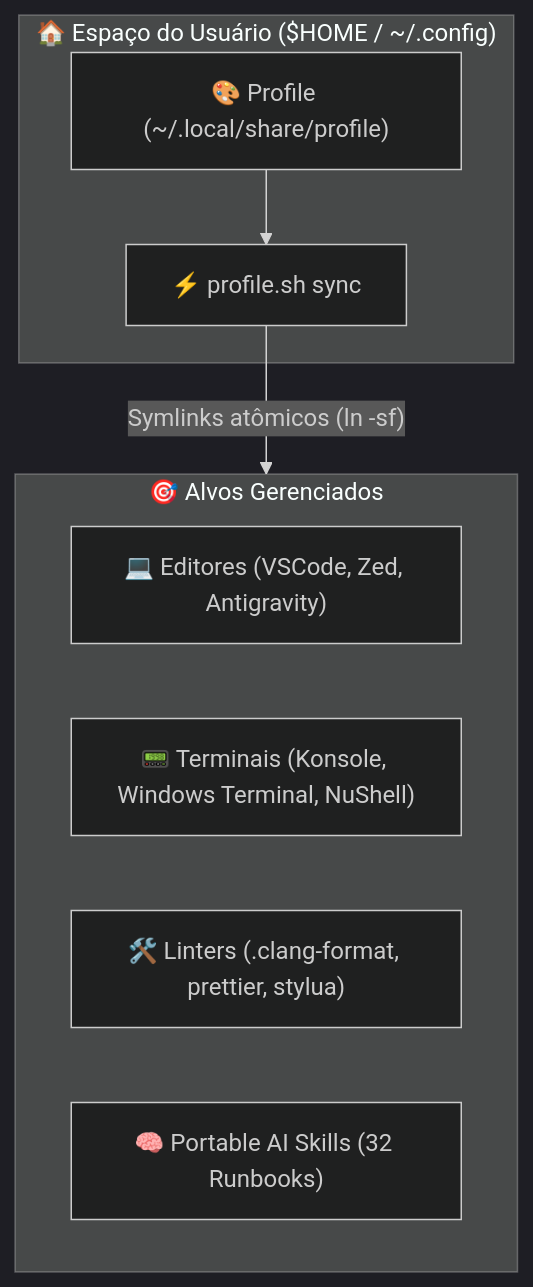
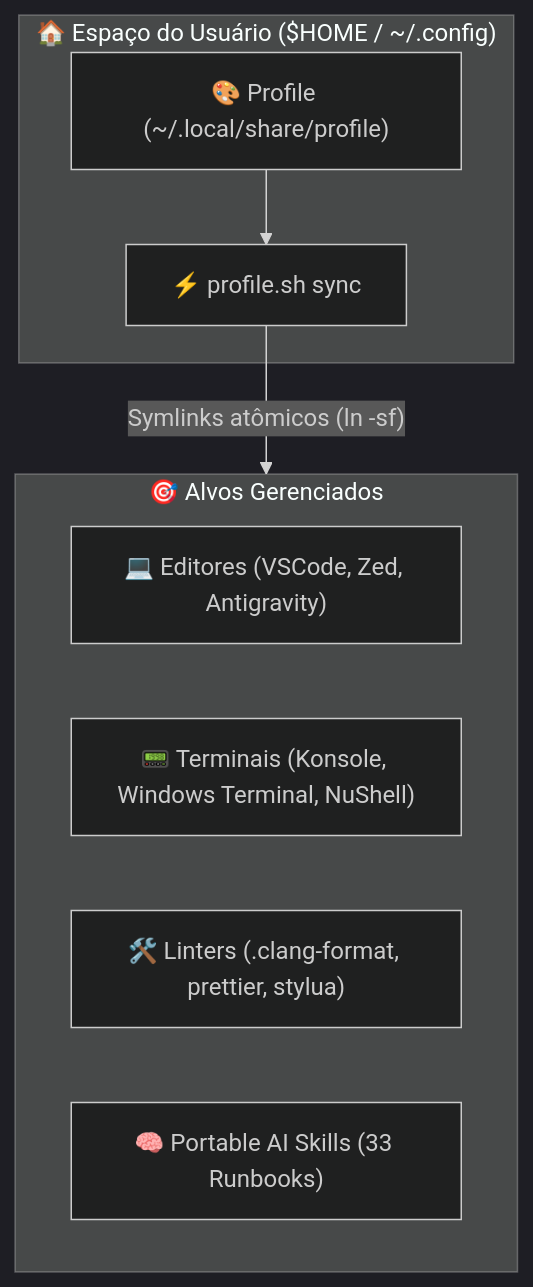
One commit to GabrielFrigo4/profile changed the diagram in README.md. Above: the diagram before and after it, drawn with Mermaid (dark theme). The commit also changed 2 other files, not shown here.

Commit message:
feat(skills): promote clean-break-refactoring to global skills catalog

````diff
--- a/README.md
+++ b/README.md
@@ -43,17 +43,17 @@
 ```mermaid
 flowchart TD
     subgraph HOME ["🏠 Espaço do Usuário ($HOME / ~/.config)"]
         PR_REPO["🎨 Profile (~/.local/share/profile)"]
         SYNC["⚡ profile.sh sync"]
     end
 
     subgraph TARGETS ["🎯 Alvos Gerenciados"]
         ED["💻 Editores (VSCode, Zed, Antigravity)"]
         TR["📟 Terminais (Konsole, Windows Terminal, NuShell)"]
         TL["🛠️ Linters (.clang-format, prettier, stylua)"]
-        SK["🧠 Portable AI Skills (32 Runbooks)"]
+        SK["🧠 Portable AI Skills (33 Runbooks)"]
     end
 
     PR_REPO --> SYNC
     SYNC -->|"Symlinks atômicos (ln -sf)"| TARGETS
 ```
````
